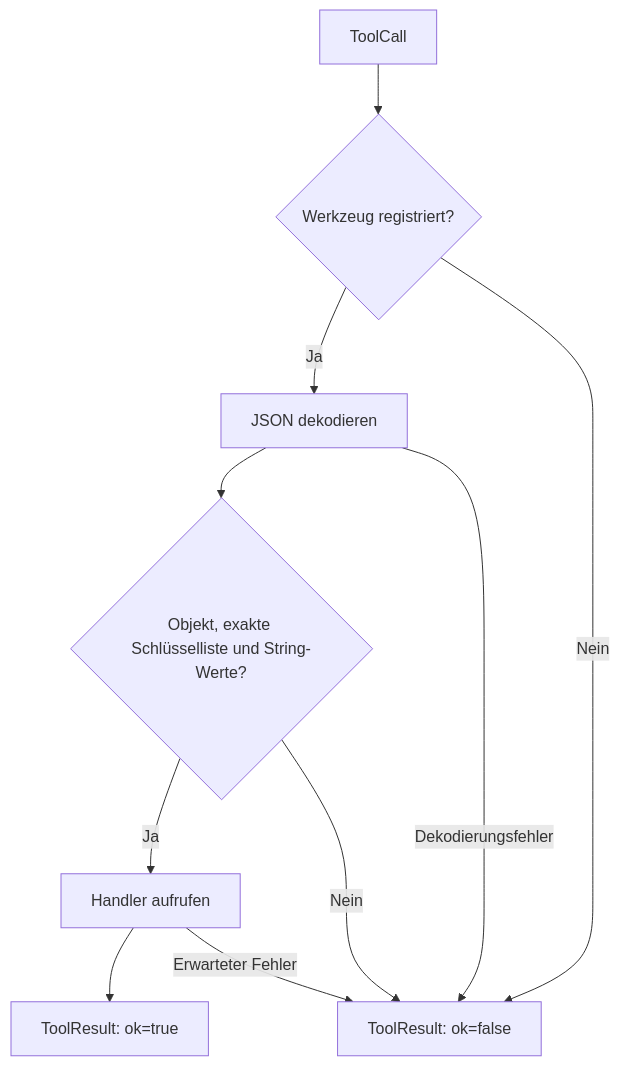
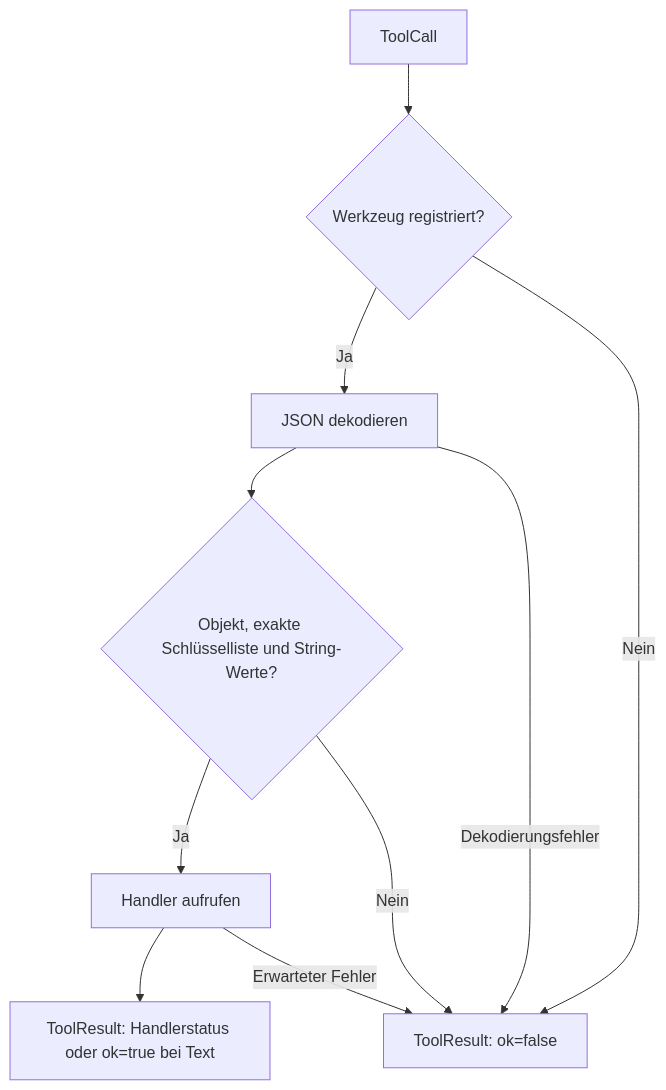
Before and after one commit to mtirtasana/ai-coding-agent: the fifth of 8 diagrams in docs/architecture.md, drawn with Mermaid. The commit also changed other lines of this file and 6 other files, not shown here.

````diff
--- a/docs/architecture.md
+++ b/docs/architecture.md
@@ -358,12 +362,12 @@
 ```mermaid
 flowchart TD
     Call["ToolCall"] --> Name{"Werkzeug registriert?"}
     Name -->|Ja| JSON["JSON dekodieren"]
     JSON --> Args{"Objekt, exakte Schlüsselliste und String-Werte?"}
     Args -->|Ja| Handler["Handler aufrufen"]
-    Handler --> OK["ToolResult: ok=true"]
+    Handler --> OK["ToolResult: Handlerstatus oder ok=true bei Text"]
     Name -->|Nein| Error["ToolResult: ok=false"]
     Args -->|Nein| Error
     JSON -->|Dekodierungsfehler| Error
     Handler -->|Erwarteter Fehler| Error
 ```
````
